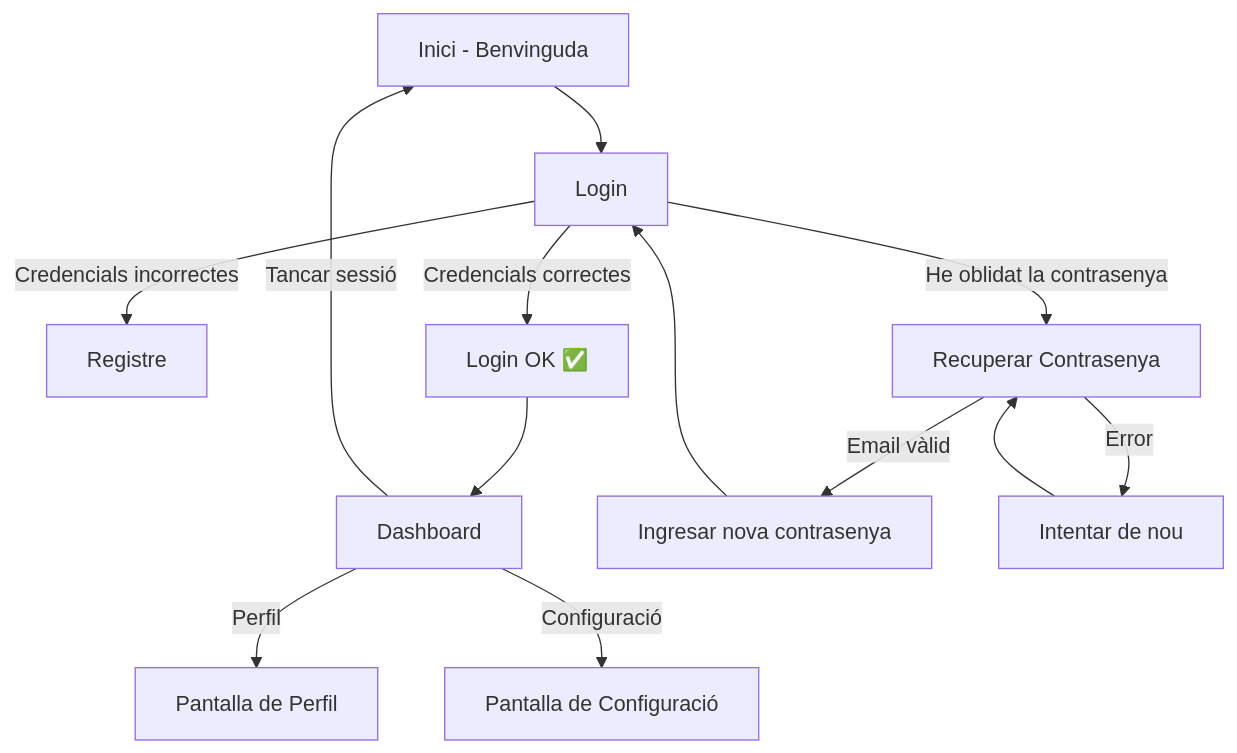
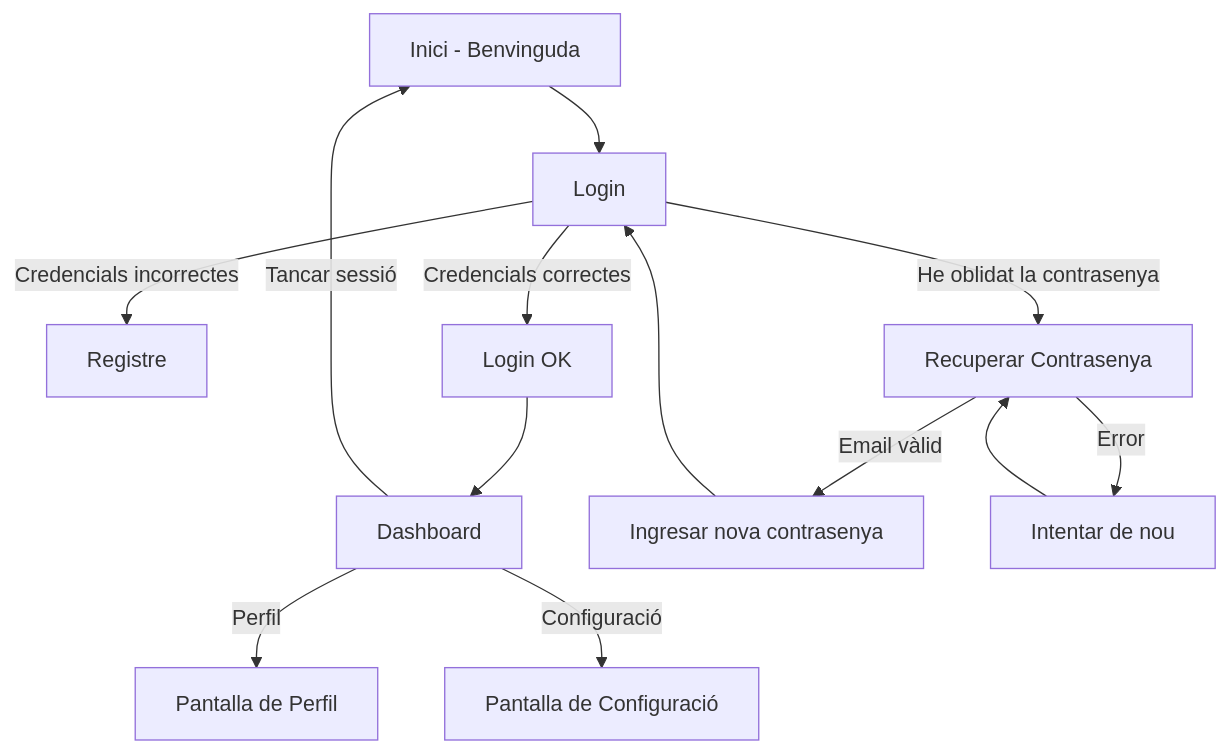
One commit to dmontes901/TapatApp changed the diagram in charts/diagramaNavegacio.mmd. Above: the diagram before and after it, drawn with Mermaid.

```diff
--- a/charts/diagramaNavegacio.mmd
+++ b/charts/diagramaNavegacio.mmd
@@ -1,15 +1,15 @@
 flowchart TD;
     A["Inici - Benvinguda"] --> B["Login"];
     B -->|Credencials incorrectes| C["Registre"];
-    B -->|Credencials correctes| D["Login OK ✅"];
+    B -->|Credencials correctes| D["Login OK "];
     
     %% Continuación después del login exitoso
     D --> E["Dashboard"];
     E -->|Perfil| F["Pantalla de Perfil"];
     E -->|Configuració| G["Pantalla de Configuració"];
     E -->|Tancar sessió| A;
     
     %% Flujo de recuperación de contraseña
     B -->|He oblidat la contrasenya| H["Recuperar Contrasenya"];
     H -->|Email vàlid| I["Ingresar nova contrasenya"] --> B;
     H -->|Error| H1["Intentar de nou"] --> H;
```
